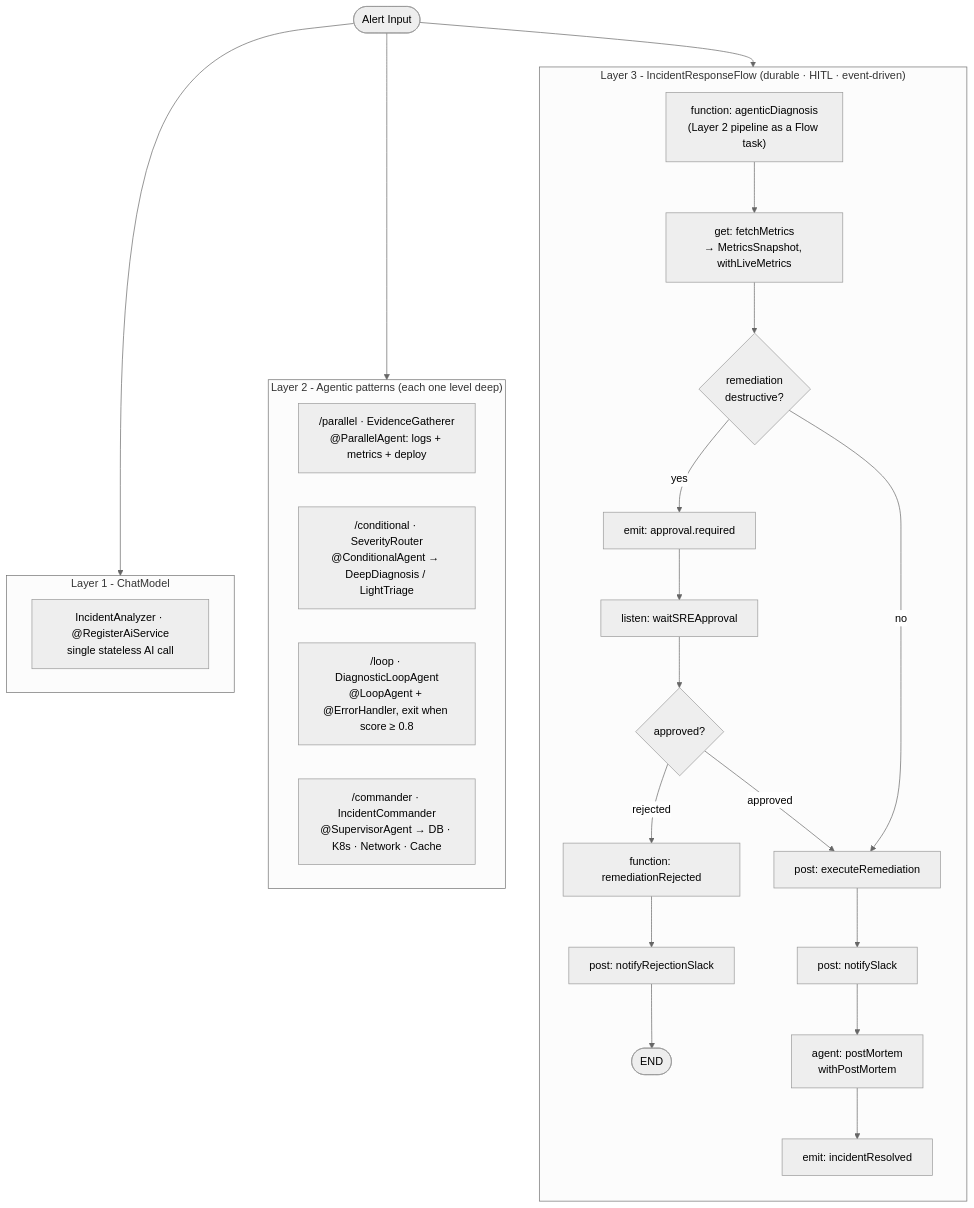
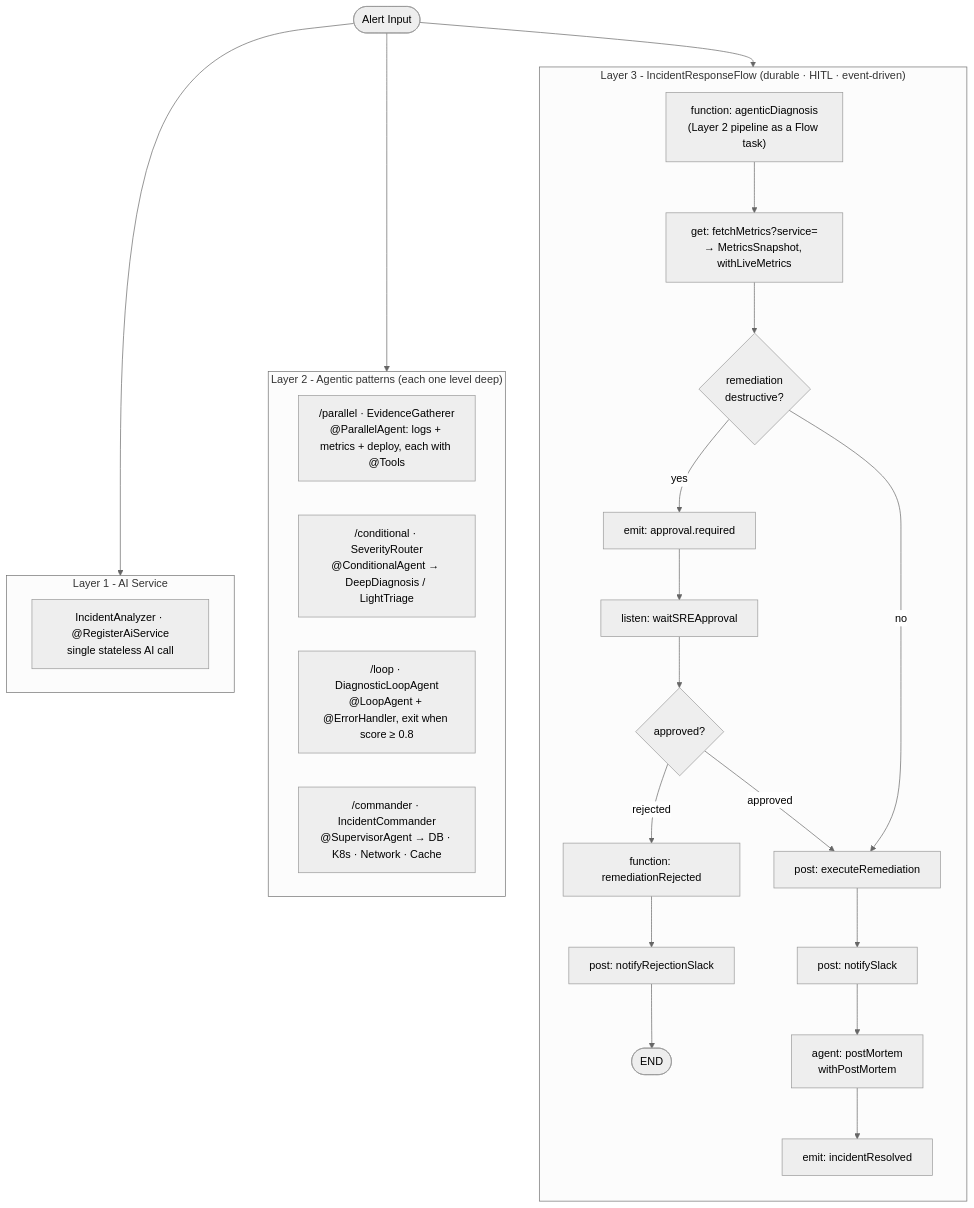
Before and after one commit to omatheusmesmo/incident-response-sre: the diagram in README.md, drawn with Mermaid (neutral theme). The commit also changed other lines of this file and 56 other files, not shown here.

First line of the commit message:
feat: redesign live console and ground agents with observability tools

````diff
--- a/README.md
+++ b/README.md
@@ -177,41 +222,41 @@
 ```mermaid
 flowchart TD
     A([Alert Input]) --> L1
     A --> L2
     A --> L3
 
-    subgraph L1["Layer 1 - ChatModel"]
+    subgraph L1["Layer 1 - AI Service"]
         AN["IncidentAnalyzer · @RegisterAiService<br/>single stateless AI call"]
     end
 
     subgraph L2["Layer 2 - Agentic patterns (each one level deep)"]
-        P["/parallel · EvidenceGatherer<br/>@ParallelAgent: logs + metrics + deploy"]
+        P["/parallel · EvidenceGatherer<br/>@ParallelAgent: logs + metrics + deploy, each with @Tools"]
         C["/conditional · SeverityRouter<br/>@ConditionalAgent → DeepDiagnosis / LightTriage"]
         LP["/loop · DiagnosticLoopAgent<br/>@LoopAgent + @ErrorHandler, exit when score ≥ 0.8"]
         CM["/commander · IncidentCommander<br/>@SupervisorAgent → DB · K8s · Network · Cache"]
     end
 
     subgraph L3["Layer 3 - IncidentResponseFlow (durable · HITL · event-driven)"]
         direction TB
         D["function: agenticDiagnosis<br/>(Layer 2 pipeline as a Flow task)"]
-        M["get: fetchMetrics<br/>→ MetricsSnapshot, withLiveMetrics"]
+        M["get: fetchMetrics?service=<br/>→ MetricsSnapshot, withLiveMetrics"]
         SW{"remediation<br/>destructive?"}
         AP["emit: approval.required"]
         WAIT["listen: waitSREApproval"]
         DEC{"approved?"}
         EX["post: executeRemediation"]
         SL["post: notifySlack"]
         PM["agent: postMortem<br/>withPostMortem"]
         RES["emit: incidentResolved"]
         REJ["function: remediationRejected"]
         RSL["post: notifyRejectionSlack"]
         FIN(["END"])
 
         D --> M --> SW
         SW -- yes --> AP --> WAIT --> DEC
         SW -- no --> EX
         DEC -- approved --> EX
         DEC -- rejected --> REJ --> RSL --> FIN
         EX --> SL --> PM --> RES
     end
 ```
````
